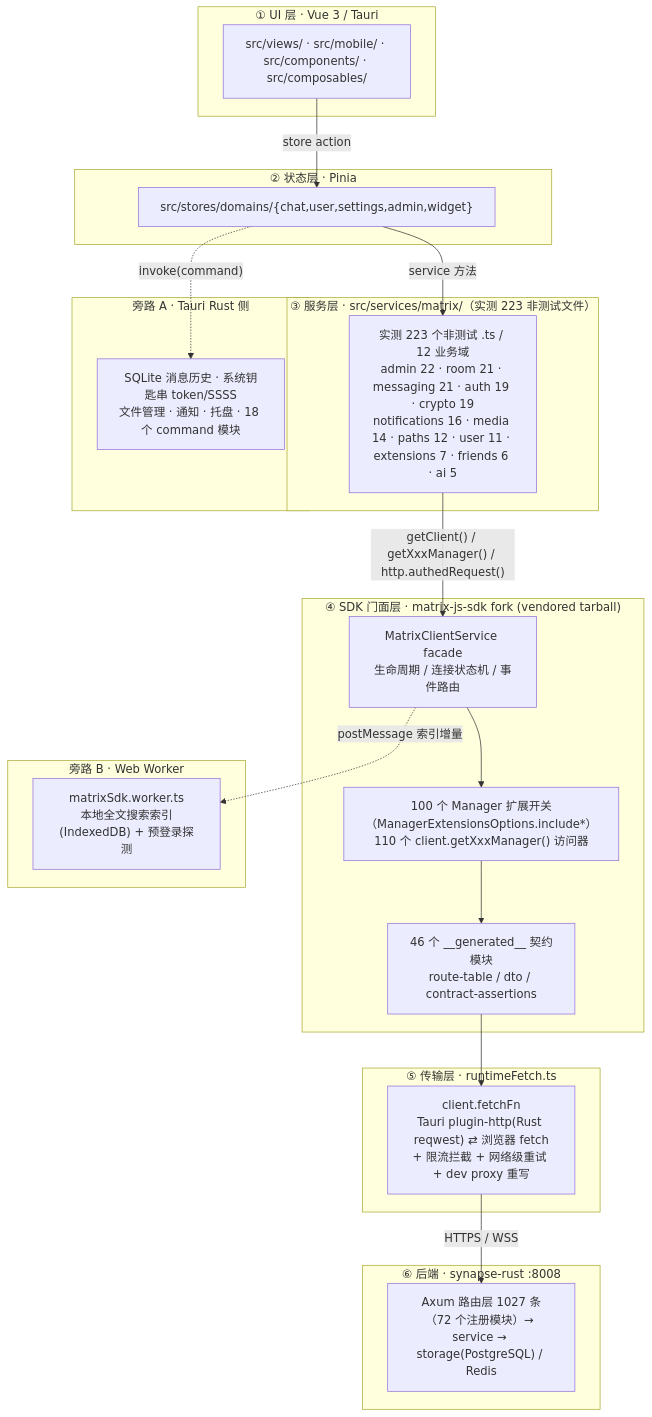
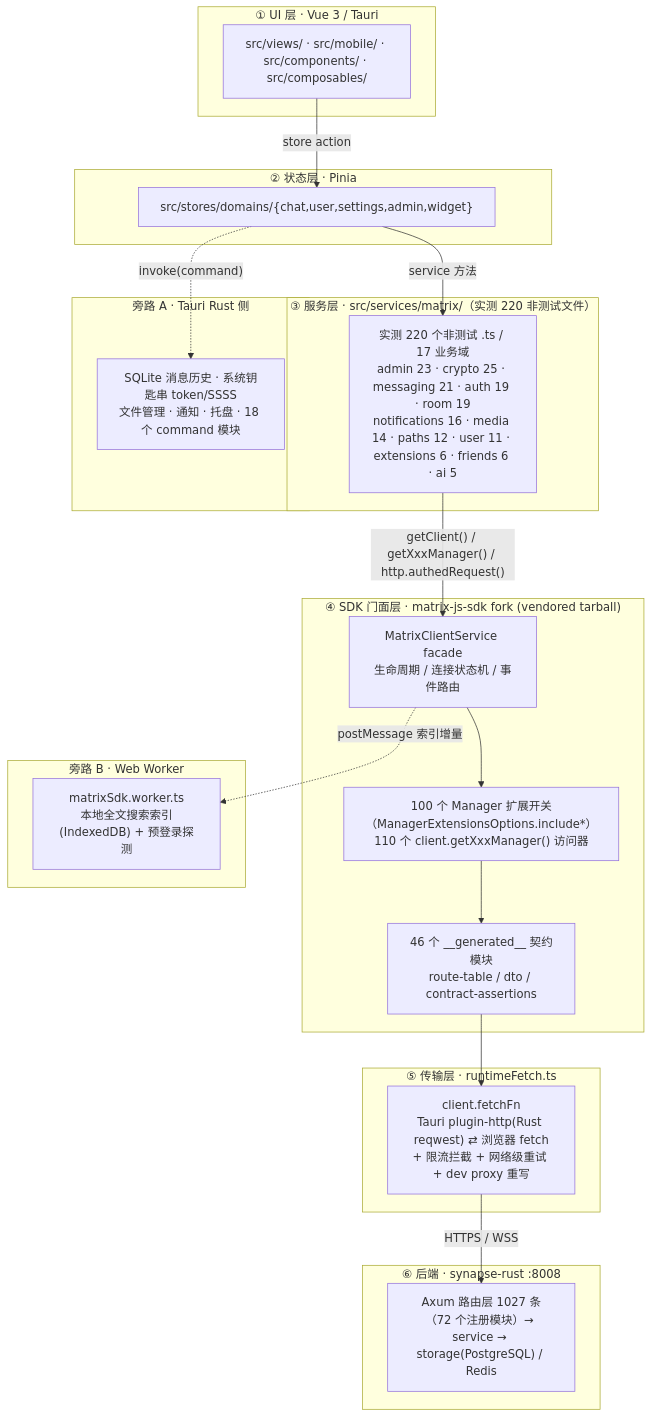
One commit to langkebo/hula changed the first of 4 diagrams in docs/Tjg-SDK-集成架构与能力图谱-2026-10-08.md. Above: the diagram before and after it, drawn with Mermaid. The commit also changed other lines of this file and 2 other files, not shown here.

First line of the commit message:
docs(service): 图谱与方案同步 A3 / Batch 4.3 结论（sdk 0824bb23a）

````diff
--- a/docs/Tjg-SDK-集成架构与能力图谱-2026-10-08.md
+++ b/docs/Tjg-SDK-集成架构与能力图谱-2026-10-08.md
@@ -32,47 +32,47 @@
 ```mermaid
 flowchart TB
     subgraph L1["① UI 层 · Vue 3 / Tauri"]
         UI["src/views/ · src/mobile/ · src/components/ · src/composables/"]
     end
 
     subgraph L2["② 状态层 · Pinia"]
         ST["src/stores/domains/{chat,user,settings,admin,widget}"]
     end
 
-    subgraph L3["③ 服务层 · src/services/matrix/（实测 223 非测试文件）"]
-        SV["实测 223 个非测试 .ts / 12 业务域<br/>admin 22 · room 21 · messaging 21 · auth 19 · crypto 19<br/>notifications 16 · media 14 · paths 12 · user 11 · extensions 7 · friends 6 · ai 5"]
+    subgraph L3["③ 服务层 · src/services/matrix/（实测 220 非测试文件）"]
+        SV["实测 220 个非测试 .ts / 17 业务域<br/>admin 23 · crypto 25 · messaging 21 · auth 19 · room 19<br/>notifications 16 · media 14 · paths 12 · user 11 · extensions 6 · friends 6 · ai 5"]
     end
 
     subgraph L4["④ SDK 门面层 · matrix-js-sdk fork (vendored tarball)"]
         SDK1["MatrixClientService facade<br/>生命周期 / 连接状态机 / 事件路由"]
         SDK2["100 个 Manager 扩展开关（ManagerExtensionsOptions.include*）<br/>110 个 client.getXxxManager() 访问器"]
         SDK3["46 个 __generated__ 契约模块<br/>route-table / dto / contract-assertions"]
     end
 
     subgraph L5["⑤ 传输层 · runtimeFetch.ts"]
         NET["client.fetchFn<br/>Tauri plugin-http(Rust reqwest) ⇄ 浏览器 fetch<br/>+ 限流拦截 + 网络级重试 + dev proxy 重写"]
     end
 
     subgraph L6["⑥ 后端 · synapse-rust :8008"]
         BE["Axum 路由层 1027 条（72 个注册模块）→ service → storage(PostgreSQL) / Redis"]
     end
 
     UI -->|"store action"| ST
     ST -->|"service 方法"| SV
     SV -->|"getClient() / getXxxManager() / http.authedRequest()"| SDK1
     SDK1 --> SDK2
     SDK2 --> SDK3
     SDK3 --> NET
     NET -->|"HTTPS / WSS"| BE
 
     subgraph SIDE1["旁路 A · Tauri Rust 侧"]
         TAURI["SQLite 消息历史 · 系统钥匙串 token/SSSS<br/>文件管理 · 通知 · 托盘 · 18 个 command 模块"]
     end
 
     subgraph SIDE2["旁路 B · Web Worker"]
         WK["matrixSdk.worker.ts<br/>本地全文搜索索引(IndexedDB) + 预登录探测"]
     end
 
     ST -.->|"invoke(command)"| TAURI
     SDK1 -.->|"postMessage 索引增量"| WK
 ```
````
